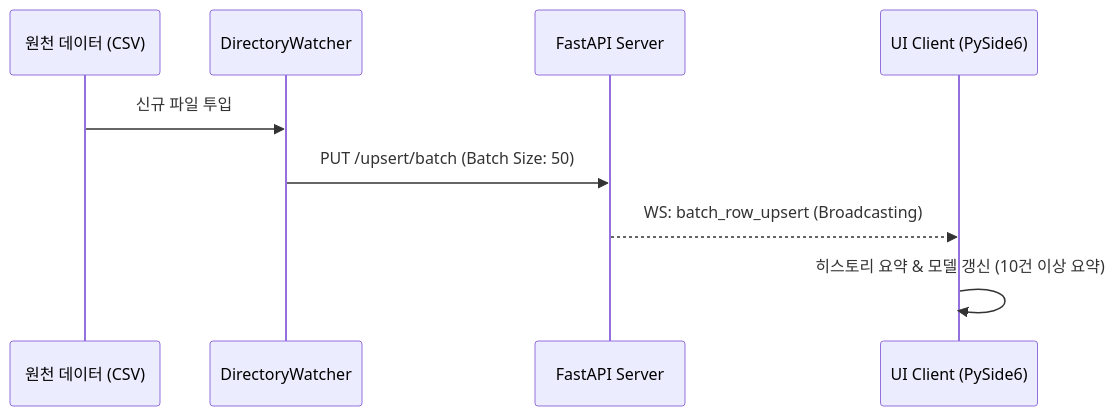
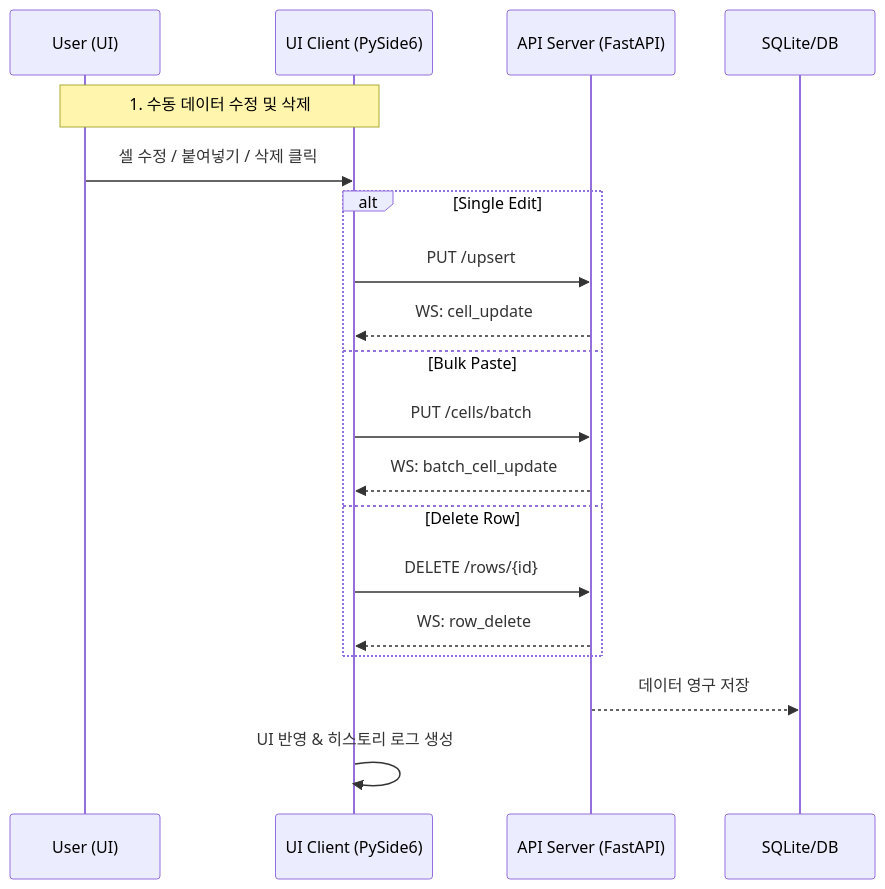
Before and after one commit to tiger4432/tableManager: the diagram in docs/BATCH_INGESTION_SPEC.md, drawn with Mermaid. The commit also changed other lines of this file, not shown here.

````diff
--- a/docs/BATCH_INGESTION_SPEC.md
+++ b/docs/BATCH_INGESTION_SPEC.md
@@ -43,12 +51,22 @@
 ```mermaid
 sequenceDiagram
-    participant Source as 원천 데이터 (CSV)
-    participant Watcher as DirectoryWatcher
-    participant Server as FastAPI Server
+    participant User as User (UI)
     participant Client as UI Client (PySide6)
+    participant Server as API Server (FastAPI)
+    participant DB as SQLite/DB
 
-    Source->>Watcher: 신규 파일 투입
-    Watcher->>Server: PUT /upsert/batch (Batch Size: 50)
-    Server-->>Client: WS: batch_row_upsert (Broadcasting)
-    Client->>Client: 히스토리 요약 & 모델 갱신 (10건 이상 요약)
+    Note over User, Client: 1. 수동 데이터 수정 및 삭제
+    User->>Client: 셀 수정 / 붙여넣기 / 삭제 클릭
+    alt Single Edit
+        Client->>Server: PUT /upsert
+        Server-->>Client: WS: cell_update
+    else Bulk Paste
+        Client->>Server: PUT /cells/batch
+        Server-->>Client: WS: batch_cell_update
+    else Delete Row
+        Client->>Server: DELETE /rows/{id}
+        Server-->>Client: WS: row_delete
+    end
+    Server-->>DB: 데이터 영구 저장
+    Client->>Client: UI 반영 & 히스토리 로그 생성
 ```
````
